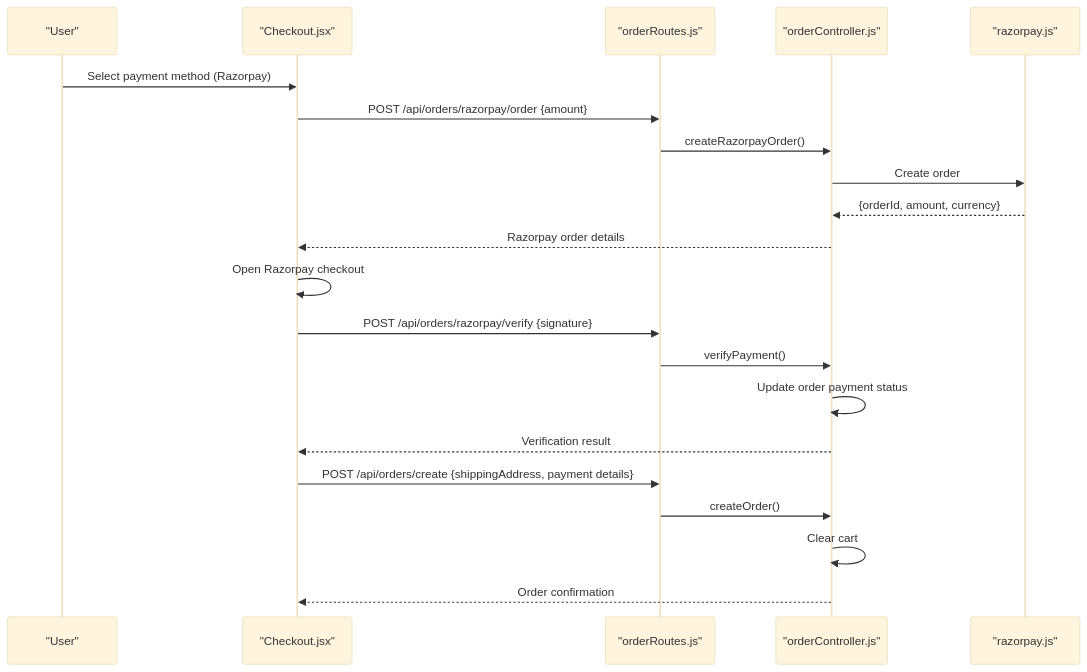
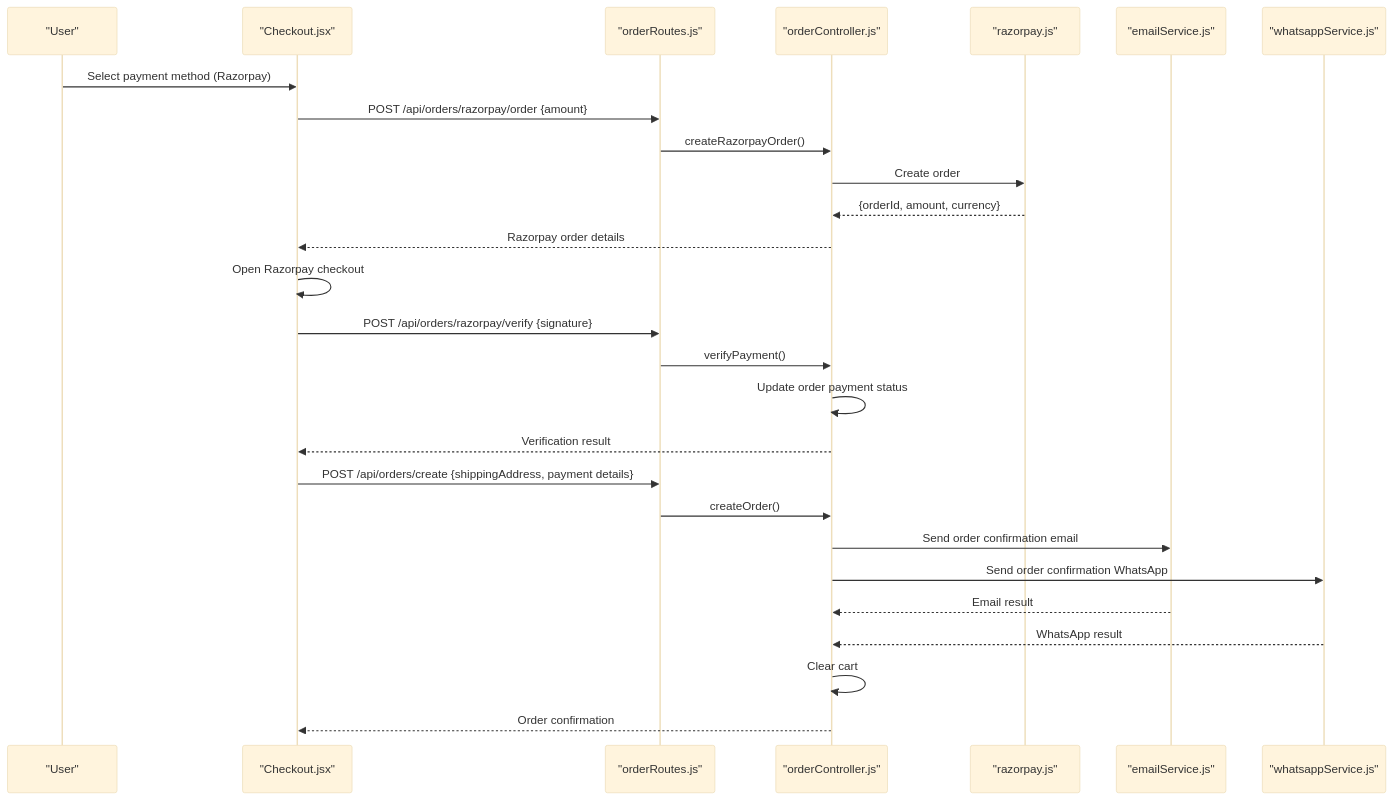
One commit to Pavan-PSPK9032/TrendsandToss changed the fourth of 5 diagrams in .qoder/repowiki/en/content/Backend API Documentation/Order Processing API.md. Above: the diagram before and after it, drawn with Mermaid (base theme). The commit also changed other lines of this file and 16 other files, not shown here.

````diff
--- a/.qoder/repowiki/en/content/Backend API Documentation/Order Processing API.md
+++ b/.qoder/repowiki/en/content/Backend API Documentation/Order Processing API.md
@@ -307,23 +339,29 @@
 ```mermaid
 sequenceDiagram
 participant User as "User"
 participant FE as "Checkout.jsx"
 participant API as "orderRoutes.js"
 participant CTRL as "orderController.js"
 participant RP as "razorpay.js"
+participant EMAIL as "emailService.js"
+participant WA as "whatsappService.js"
 User->>FE : Select payment method (Razorpay)
 FE->>API : POST /api/orders/razorpay/order {amount}
 API->>CTRL : createRazorpayOrder()
 CTRL->>RP : Create order
 RP-->>CTRL : {orderId, amount, currency}
 CTRL-->>FE : Razorpay order details
 FE->>FE : Open Razorpay checkout
 FE->>API : POST /api/orders/razorpay/verify {signature}
 API->>CTRL : verifyPayment()
 CTRL->>CTRL : Update order payment status
 CTRL-->>FE : Verification result
 FE->>API : POST /api/orders/create {shippingAddress, payment details}
 API->>CTRL : createOrder()
+CTRL->>EMAIL : Send order confirmation email
+CTRL->>WA : Send order confirmation WhatsApp
+EMAIL-->>CTRL : Email result
+WA-->>CTRL : WhatsApp result
 CTRL->>CTRL : Clear cart
 CTRL-->>FE : Order confirmation
 ```
````
